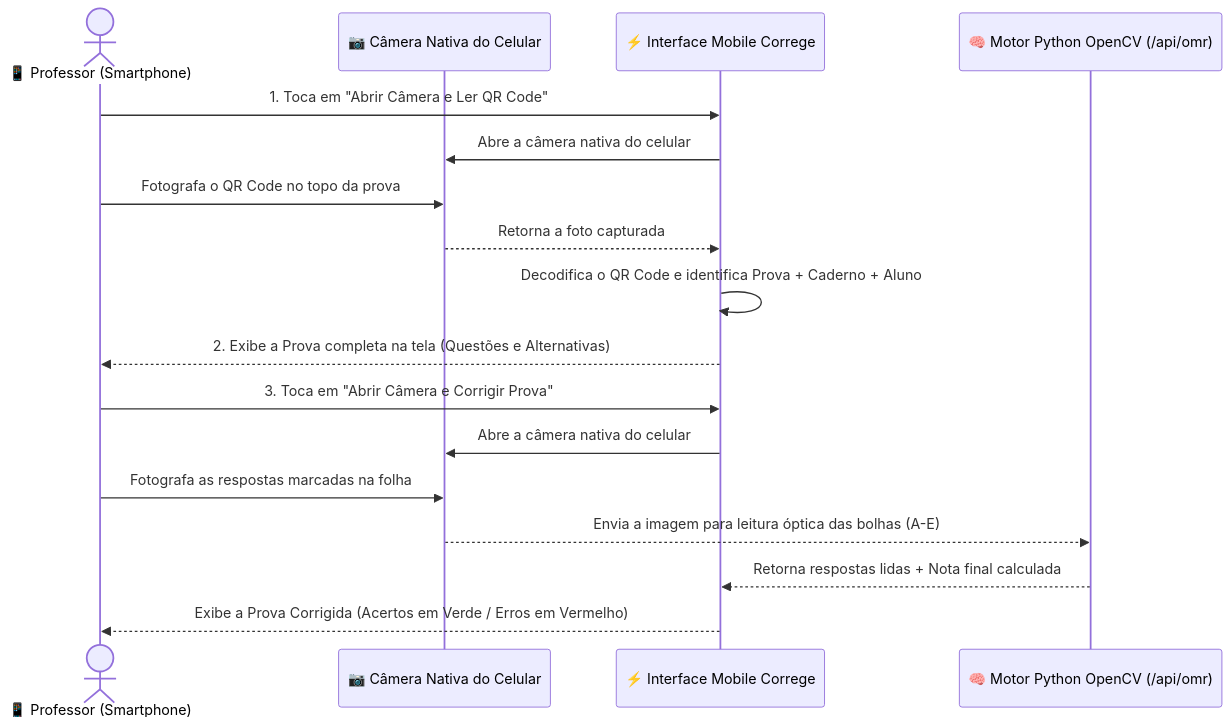
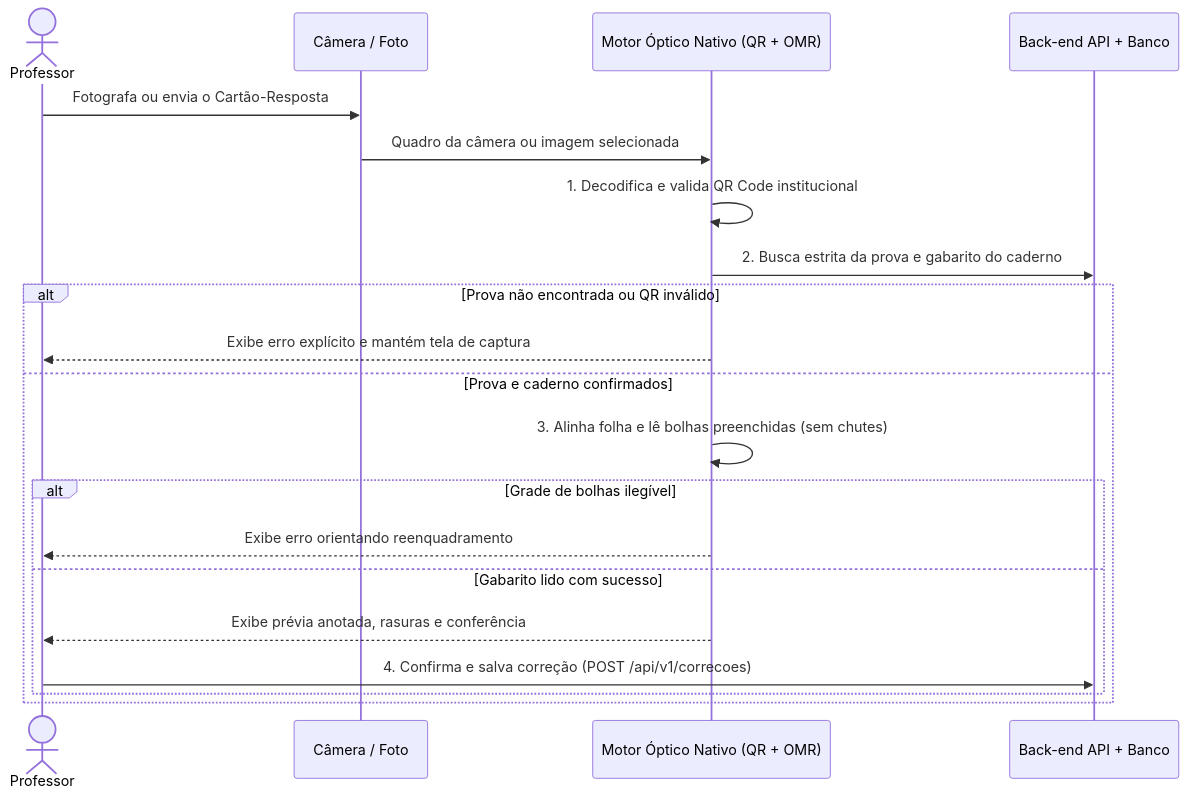
The diagram in docs/MANUAL_DO_USUARIO.md (Projeto-Arquitetura-de-Software-Grupo-9/front-end), drawn with Mermaid before and after one commit. The commit also changed other lines of this file and 27 other files, not shown here.

````diff
--- a/docs/MANUAL_DO_USUARIO.md
+++ b/docs/MANUAL_DO_USUARIO.md
@@ -117,20 +102,23 @@
 ```mermaid
 sequenceDiagram
-    actor Prof as 📱 Professor (Smartphone)
-    participant Cam as 📷 Câmera Nativa do Celular
-    participant App as ⚡ Interface Mobile Correge
-    participant OMR as 🧠 Motor Python OpenCV (/api/omr)
+    actor Prof as Professor
+    participant Cam as Câmera / Foto
+    participant OMR as Motor Óptico Nativo (QR + OMR)
+    participant API as Back-end API + Banco
 
-    Prof->>App: 1. Toca em "Abrir Câmera e Ler QR Code"
-    App->>Cam: Abre a câmera nativa do celular
-    Prof->>Cam: Fotografa o QR Code no topo da prova
-    Cam-->>App: Retorna a foto capturada
-    App->>App: Decodifica o QR Code e identifica Prova + Caderno + Aluno
-    App-->>Prof: 2. Exibe a Prova completa na tela (Questões e Alternativas)
-    Prof->>App: 3. Toca em "Abrir Câmera e Corrigir Prova"
-    App->>Cam: Abre a câmera nativa do celular
-    Prof->>Cam: Fotografa as respostas marcadas na folha
-    Cam-->>OMR: Envia a imagem para leitura óptica das bolhas (A-E)
-    OMR-->>App: Retorna respostas lidas + Nota final calculada
-    App-->>Prof: Exibe a Prova Corrigida (Acertos em Verde / Erros em Vermelho)
+    Prof->>Cam: Fotografa ou envia o Cartão-Resposta
+    Cam->>OMR: Quadro da câmera ou imagem selecionada
+    OMR->>OMR: 1. Decodifica e valida QR Code institucional
+    OMR->>API: 2. Busca estrita da prova e gabarito do caderno
+    alt Prova não encontrada ou QR inválido
+        OMR-->>Prof: Exibe erro explícito e mantém tela de captura
+    else Prova e caderno confirmados
+        OMR->>OMR: 3. Alinha folha e lê bolhas preenchidas (sem chutes)
+        alt Grade de bolhas ilegível
+            OMR-->>Prof: Exibe erro orientando reenquadramento
+        else Gabarito lido com sucesso
+            OMR-->>Prof: Exibe prévia anotada, rasuras e conferência
+            Prof->>API: 4. Confirma e salva correção (POST /api/v1/correcoes)
+        end
+    end
 ```
````
